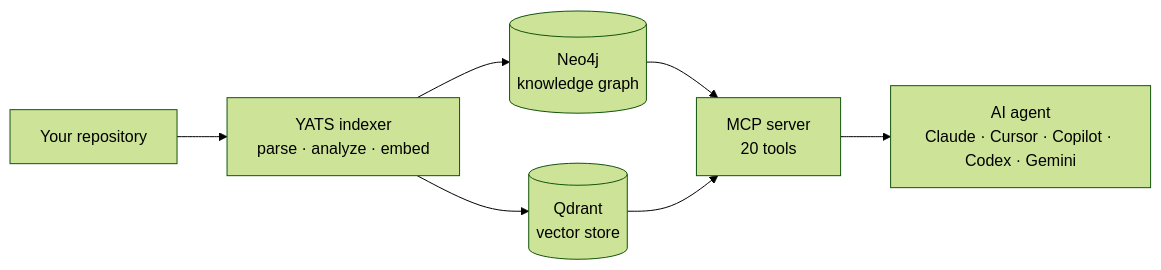
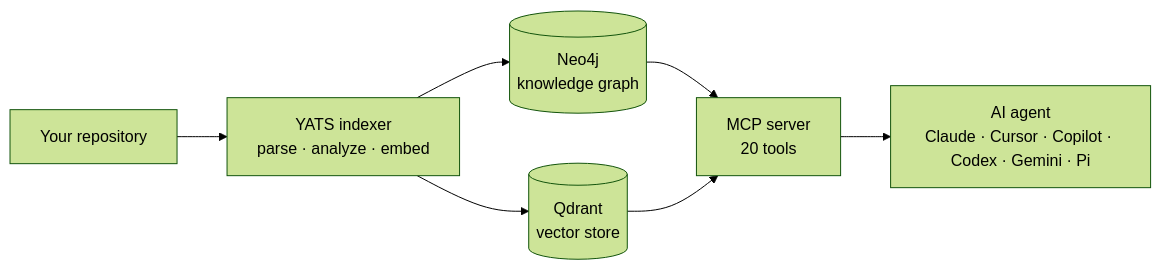
Before and after one commit to fvinciarelli/yats.ai: the diagram in README.md, drawn with Mermaid (forest theme). The commit also changed other lines of this file, not shown here.

````diff
--- a/README.md
+++ b/README.md
@@ -212,9 +218,9 @@
 ```mermaid
 flowchart LR
     A[Your repository] --> B[YATS indexer<br/>parse · analyze · embed]
     B --> C[(Neo4j<br/>knowledge graph)]
     B --> D[(Qdrant<br/>vector store)]
     C --> E[MCP server<br/>20 tools]
     D --> E
-    E --> F[AI agent<br/>Claude · Cursor · Copilot · Codex · Gemini]
+    E --> F[AI agent<br/>Claude · Cursor · Copilot · Codex · Gemini · Pi]
 ```
````
